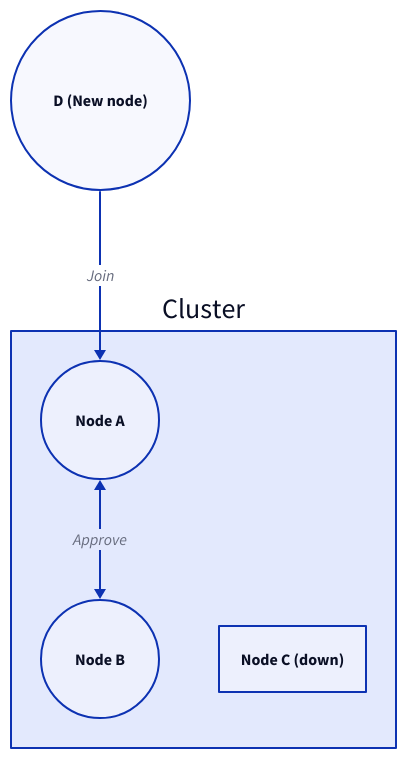
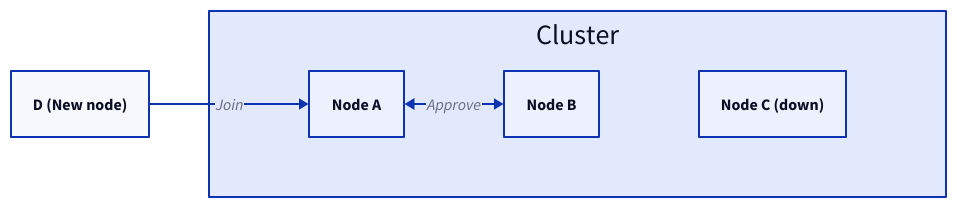
Before and after one commit to link1905/system-design-101: the second of 12 diagrams in content/docs/data-persistence/distributed-database/peer-to-peer-architecture/consensus-protocol.md, drawn with D2. The commit also changed other lines of this file and 40 other files, not shown here.

````diff
--- a/content/docs/data-persistence/distributed-database/peer-to-peer-architecture/consensus-protocol.md
+++ b/content/docs/data-persistence/distributed-database/peer-to-peer-architecture/consensus-protocol.md
@@ -43,18 +44,20 @@
 ```d2
+n: D (New node) {
+  class: server
+}
 c: Cluster {
-   a: Node A {
-      shape: circle
-   }
-   b: Node B {
-      shape: circle
-   }
-   c: Node C (down) {
-      class: generic-error
-   }
-   a <-> b: Approve
-}
-n: D (New node) {
-   shape: circle
+  grid-rows: 1
+  horizontal-gap: 100
+  a: Node A {
+    class: server
+  }
+  b: Node B {
+    class: server
+  }
+  c: Node C (down) {
+    class: generic-error
+  }
+  a <-> b: Approve
 }
 n -> c.a: Join
 ```
````
